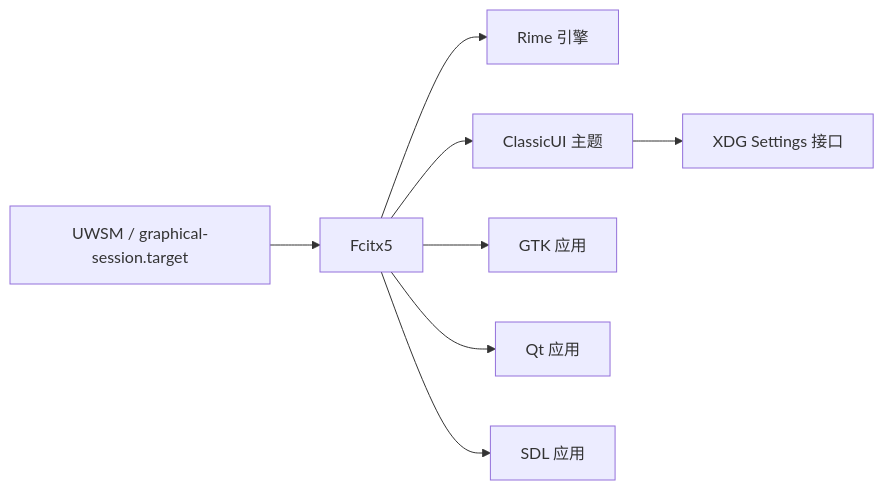
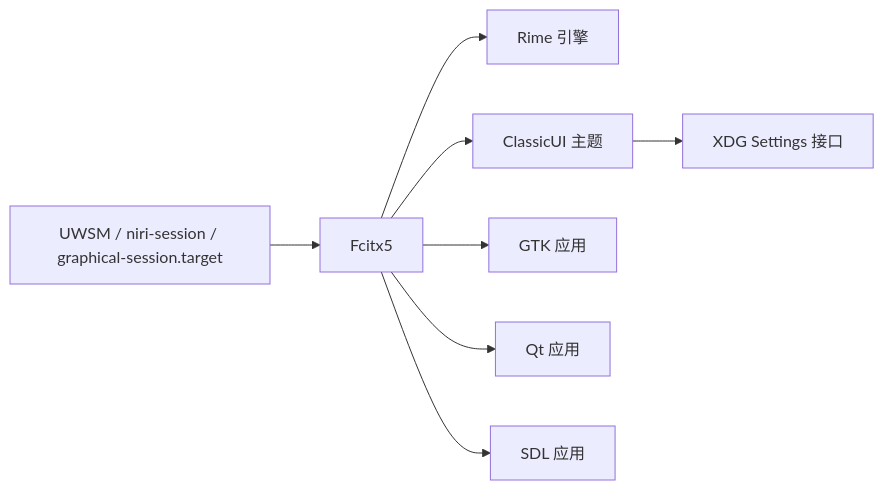
Before and after one commit to Shangshui0302/myNixOSConfig: the second of 2 diagrams in wiki/desktop/fcitx5.md, drawn with Mermaid. The commit also changed other lines of this file and 25 other files, not shown here.

````diff
--- a/wiki/desktop/fcitx5.md
+++ b/wiki/desktop/fcitx5.md
@@ -102,10 +102,10 @@
 ```mermaid
 graph LR
 IM["Fcitx5"] --> RIME["Rime 引擎"]
 IM --> THEME["ClassicUI 主题"]
 THEME --> PORTAL["XDG Settings 接口"]
 IM --> GTK["GTK 应用"]
 IM --> QT["Qt 应用"]
 IM --> SDL["SDL 应用"]
-SESSION["UWSM / graphical-session.target"] --> IM
+SESSION["UWSM / niri-session / graphical-session.target"] --> IM
 ```
````
